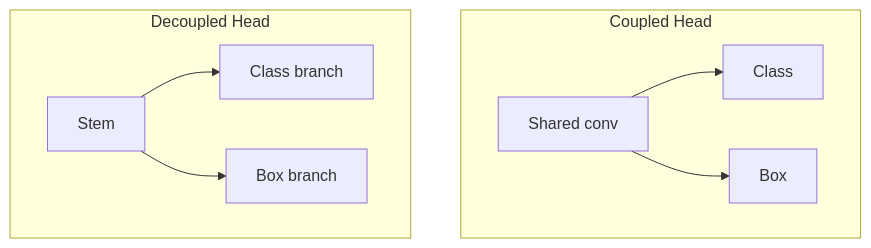
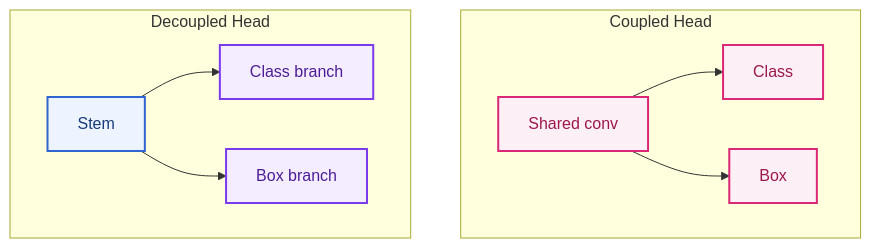
One commit to LeNguyenHaiDuong/adas-tsr changed the second of 15 diagrams in research/3.research_tsr_detection_architecture_research.md. Above: the diagram before and after it, drawn with Mermaid. The commit also changed other lines of this file and 5 other files, not shown here.

Commit message:
Add mermaid color

````diff
--- a/research/3.research_tsr_detection_architecture_research.md
+++ b/research/3.research_tsr_detection_architecture_research.md
@@ -105,11 +129,18 @@
 ```mermaid
 flowchart TD
     subgraph coupled [Coupled Head]
         F1[Shared conv] --> C1[Class]
         F1 --> R1[Box]
     end
     subgraph decoupled [Decoupled Head]
         F2[Stem] --> C2[Class branch]
         F2 --> R2[Box branch]
     end
+
+    classDef support fill:#FCEFF5,stroke:#DB2777,color:#9D174D,stroke-width:2px;
+    classDef feature fill:#EDF3FF,stroke:#2F66D0,color:#173B7A,stroke-width:2px;
+    classDef temporal fill:#F4ECFF,stroke:#7C3AED,color:#4C1D95,stroke-width:2px;
+    class F1,C1,R1 support;
+    class F2 feature;
+    class C2,R2 temporal;
 ```
````
